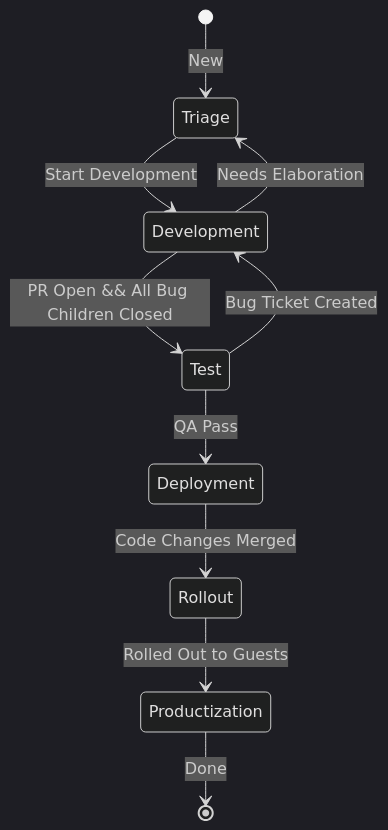
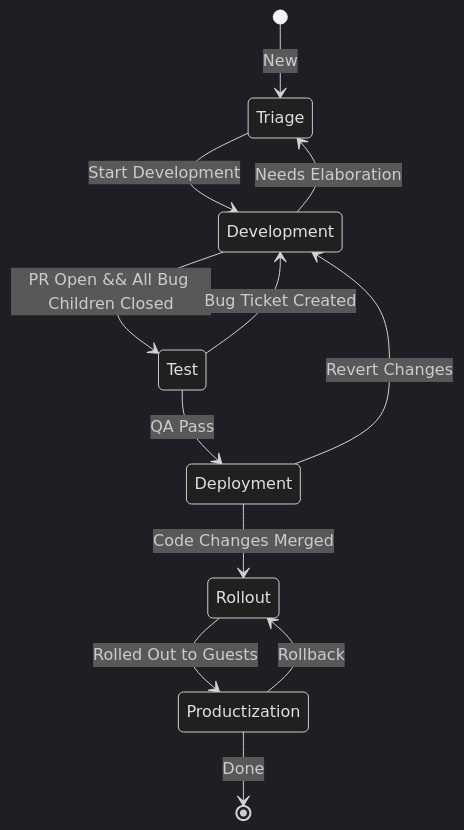
Before and after one commit to NyanHelsing/nyanhelsing.github.io: the first of 2 diagrams in workflow.md, drawn with Mermaid (dark theme).

````diff
--- a/workflow.md
+++ b/workflow.md
@@ -40,12 +40,14 @@
 ```mermaid
 stateDiagram-v2
     [*] --> Triage: New
     Triage --> Development: Start Development
     Development --> Triage: Needs Elaboration
     Development --> Test: PR Open && All Bug Children Closed
     Test --> Development: Bug Ticket Created
     Test --> Deployment: QA Pass
+    Deployment --> Development: Revert Changes
     Deployment --> Rollout: Code Changes Merged
     Rollout --> Productization: Rolled Out to Guests
+    Productization --> Rollout: Rollback
     Productization --> [*]: Done
 ```
````
